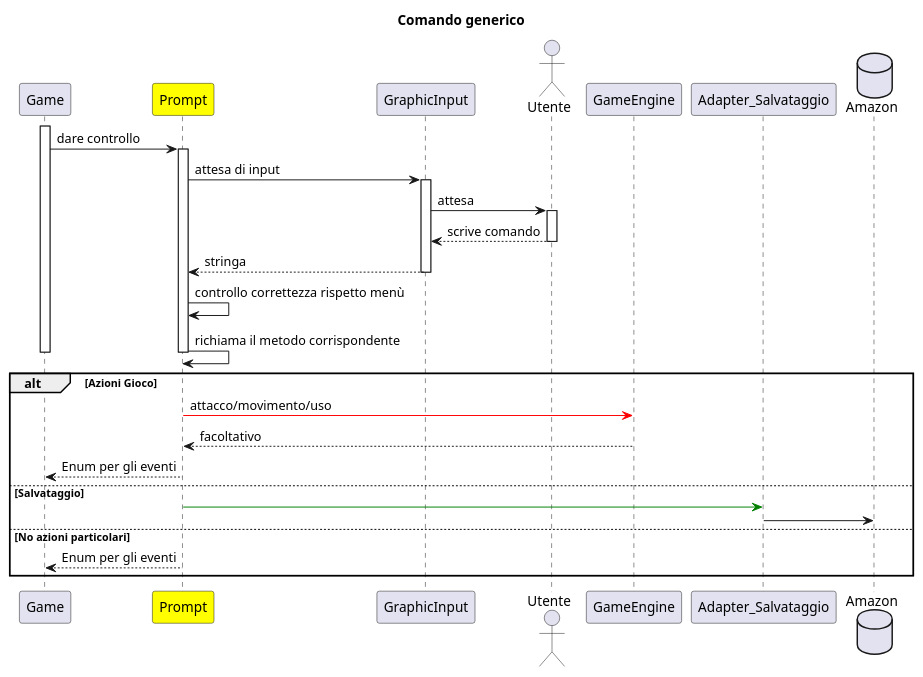
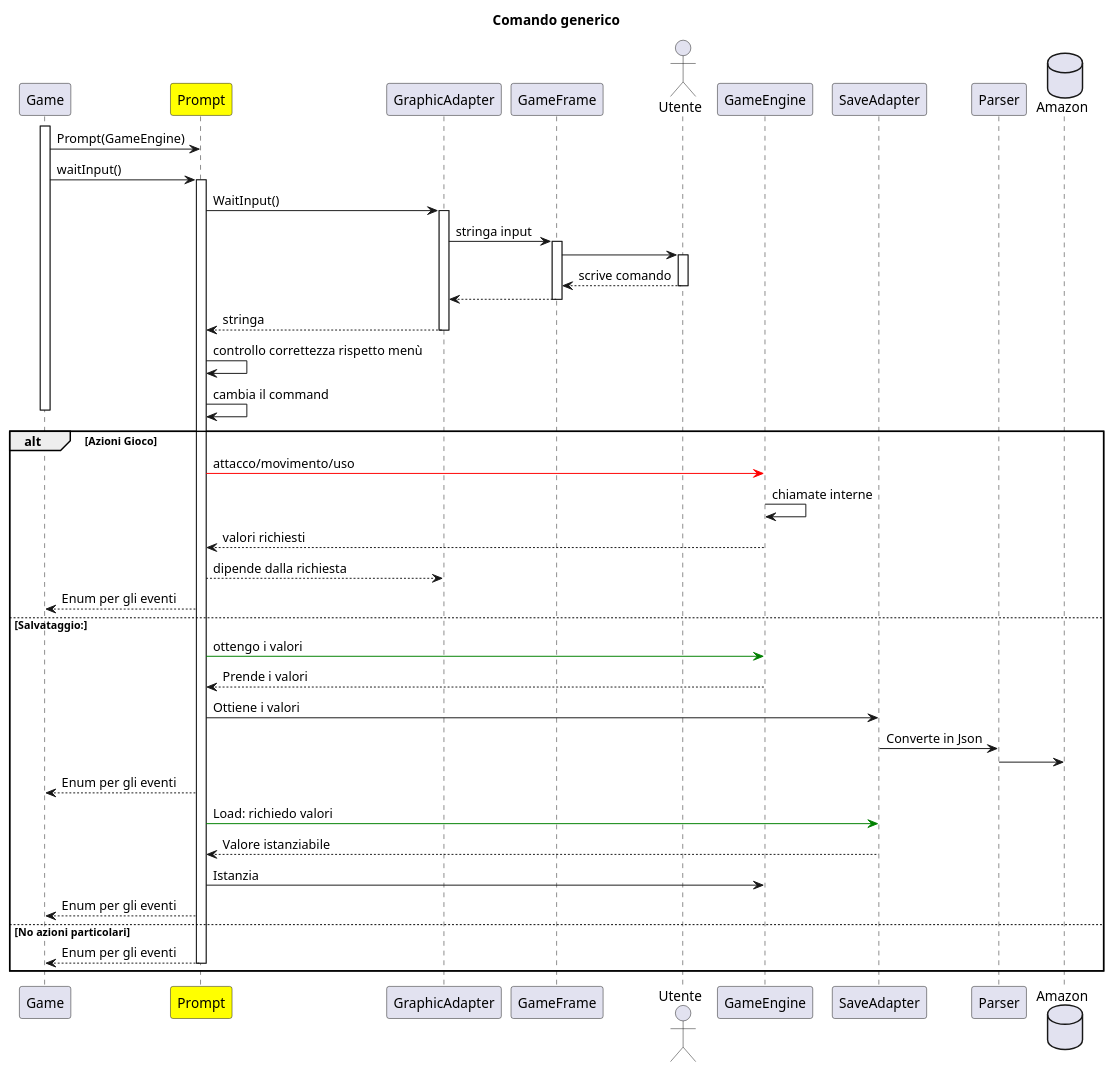
One commit to PdP03/ACMD changed the diagram in DiagrammiUML/SequenceComandoGenerico.puml. Above: the diagram before and after it, drawn with PlantUML.

```diff
--- a/DiagrammiUML/SequenceComandoGenerico.puml
+++ b/DiagrammiUML/SequenceComandoGenerico.puml
@@ -1,49 +1,76 @@
 @startuml
 
 title Comando generico
 
-participant Game          order 1
-participant Prompt        order 2 #yellow
-participant GraphicInput  order 3
-actor Utente              order 4
-participant GameEngine    order 10
-participant Adapter_Salvataggio  order 20
-database Amazon           order 30
+participant Game           order 1
+participant Prompt         order 2 #yellow
+participant GraphicAdapter order 3
+participant GameFrame      order 3
+actor Utente               order 4
+participant GameEngine     order 10
+participant SaveAdapter    order 20
+participant Parser         order 20
+database Amazon            order 30
 
+/'riga 13'/
+activate Game
+Game          -> Prompt : Prompt(GameEngine)
+Game          -> Prompt : waitInput()
+activate Prompt
+Prompt        -> GraphicAdapter : WaitInput()
 
-activate Game
-Game          -> Prompt : dare controllo
-activate Prompt
-Prompt        -> GraphicInput : attesa di input
-activate GraphicInput
-GraphicInput  -> Utente : attesa
+activate GraphicAdapter
+GraphicAdapter -> GameFrame : stringa input
+
+activate GameFrame
+GameFrame      -> Utente
+
 activate Utente
+Utente       --> GameFrame : scrive comando
+deactivate Utente
 
-Utente       --> GraphicInput : scrive comando
-deactivate Utente
-GraphicInput --> Prompt : stringa
-deactivate GraphicInput
+/'riga 29'/
+
+GameFrame --> GraphicAdapter
+deactivate GameFrame
+
+GraphicAdapter --> Prompt : stringa
+deactivate GraphicAdapter
+
 Prompt        -> Prompt : controllo correttezza rispetto menù
-Prompt        -> Prompt : richiama il metodo corrispondente
-deactivate Prompt
+Prompt        -> Prompt : cambia il command
 deactivate Game
+
+/'riga 42'/
 
 
 alt Azioni Gioco
 Prompt  -[#red]> GameEngine : attacco/movimento/uso
-GameEngine   --> Prompt     : facoltativo
+GameEngine    -> GameEngine : chiamate interne
+GameEngine   --> Prompt     : valori richiesti
+Prompt       -->GraphicAdapter: dipende dalla richiesta
 Prompt       --> Game       : Enum per gli eventi
 
 
-else Salvataggio
+else Salvataggio:
 /'activate Prompt'/
-Prompt      -[#green]> Adapter_Salvataggio :
-Adapter_Salvataggio -> Amazon
-/'deactivate Prompt'/
+
+Prompt      -[#green]> GameEngine : ottengo i valori
+GameEngine         --> Prompt:      Prende i valori
+Prompt              -> SaveAdapter: Ottiene i valori
+SaveAdapter         -> Parser: Converte in Json
+Parser              -> Amazon
+Prompt       --> Game       : Enum per gli eventi
+
+Prompt      -[#green]> SaveAdapter: Load: richiedo valori
+SaveAdapter        --> Prompt : Valore istanziabile
+Prompt              -> GameEngine: Istanzia
+Prompt       --> Game       : Enum per gli eventi
 
 else No azioni particolari
 Prompt      --> Game : Enum per gli eventi
+deactivate Prompt
 
 end
 
 @enduml
```
